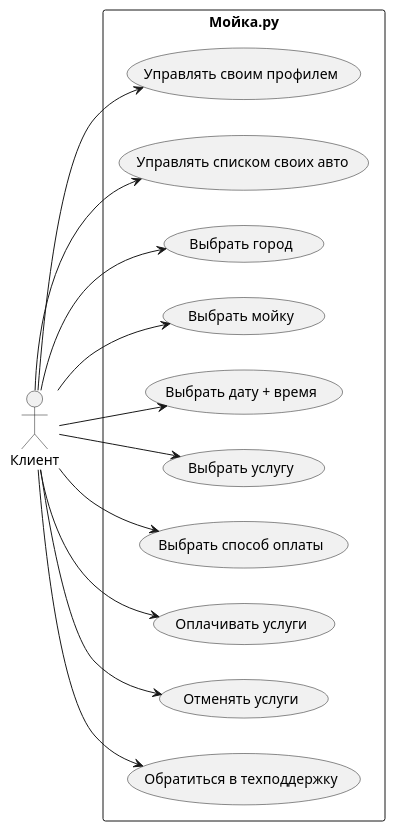
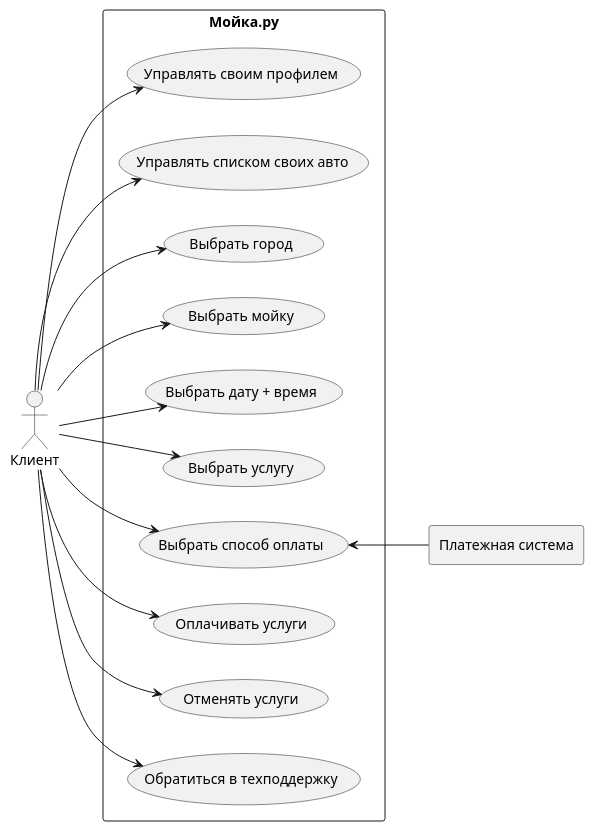
Before and after one commit to shandro0/integration: the diagram in README.md, drawn with PlantUML.

```diff
--- a/README.md
+++ b/README.md
@@ -1,28 +1,30 @@
 @startuml
 left to right direction
 actor "Клиент" as client
+rectangle "Платежная система" as ps
 rectangle  Мойка.ру  {
   usecase "Управлять своим профилем" as UC1
   usecase "Управлять списком своих авто" as UC2
   usecase "Выбрать город" as UC3
   usecase "Выбрать мойку" as UC4
   usecase "Выбрать дату + время" as UC5
   usecase "Выбрать услугу" as UC6
   usecase "Выбрать способ оплаты" as UC7
   usecase "Оплачивать услуги" as UC8
   usecase "Отменять услуги" as UC9
   usecase "Обратиться в техподдержку" as UC10
 }
 client --> UC1
 client --> UC2
 client --> UC3
 client --> UC4
 client --> UC5
 client --> UC6
 client --> UC7
 client --> UC8
 client --> UC9
 client --> UC10
+UC7 <-- ps
 
 
 @enduml
```
